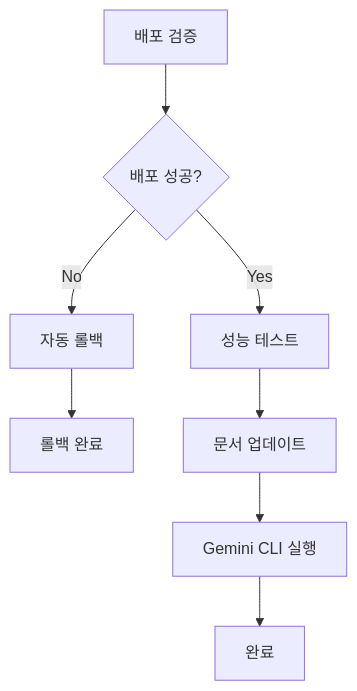
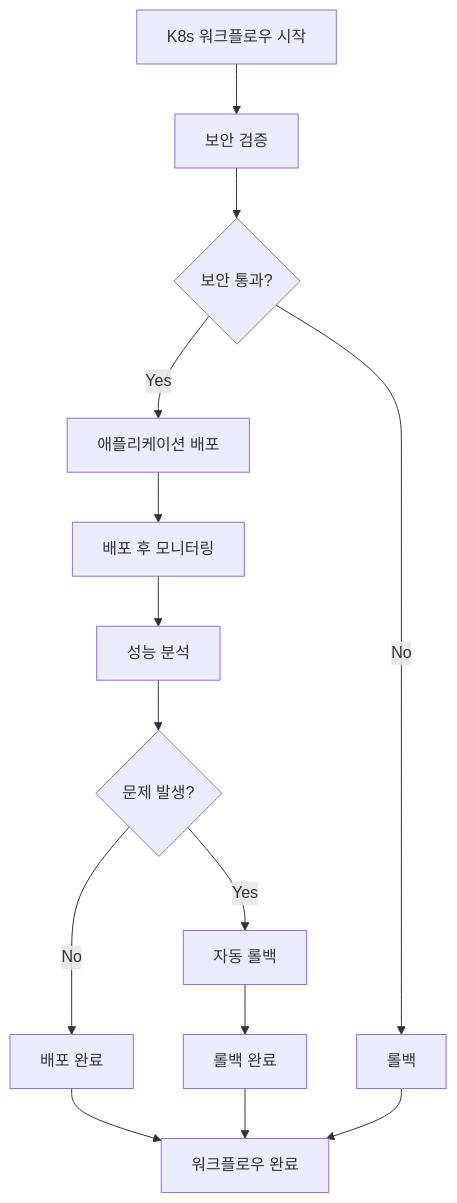
Before and after one commit to ppijbb/mcp_agent: the second of 2 diagrams in srcs/multi_agent_automation_service/README.md, drawn with Mermaid. The commit also changed other lines of this file and 33 other files, not shown here.

````diff
--- a/srcs/multi_agent_automation_service/README.md
+++ b/srcs/multi_agent_automation_service/README.md
@@ -254,10 +311,16 @@
 ```mermaid
 graph TD
-    A[배포 검증] --> B{배포 성공?}
-    B -->|No| C[자동 롤백]
-    B -->|Yes| D[성능 테스트]
-    C --> E[롤백 완료]
-    D --> F[문서 업데이트]
-    F --> G[Gemini CLI 실행]
-    G --> H[완료]
+    A[K8s 워크플로우 시작] --> B[보안 검증]
+    B --> C{보안 통과?}
+    C -->|Yes| D[애플리케이션 배포]
+    C -->|No| M[롤백]
+    D --> E[배포 후 모니터링]
+    E --> F[성능 분석]
+    F --> G{문제 발생?}
+    G -->|Yes| H[자동 롤백]
+    G -->|No| I[배포 완료]
+    H --> J[롤백 완료]
+    I --> K[워크플로우 완료]
+    J --> K
+    M --> K
 ```
````
